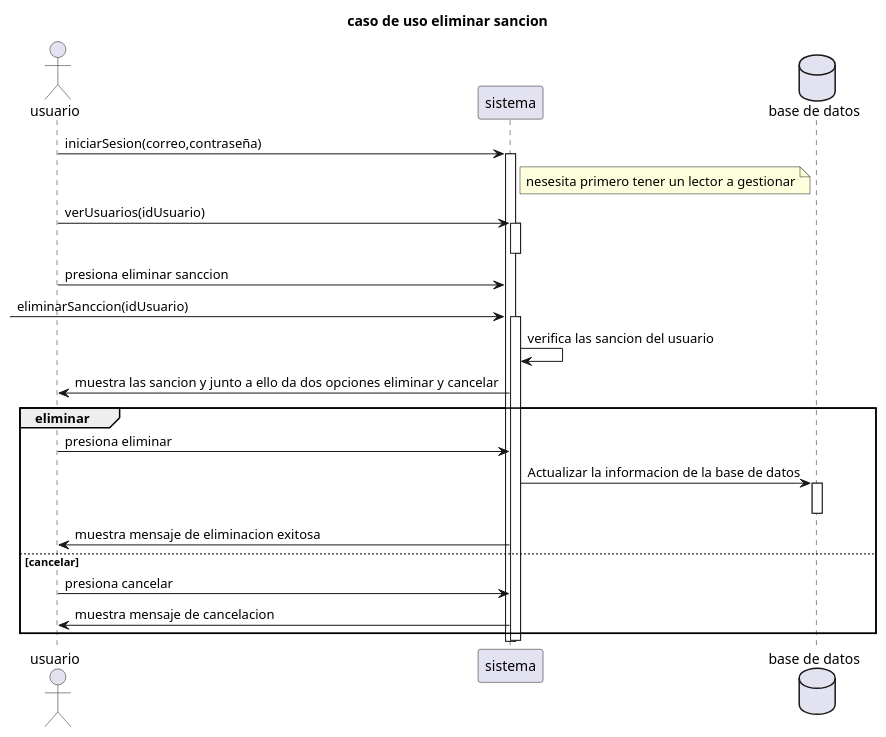
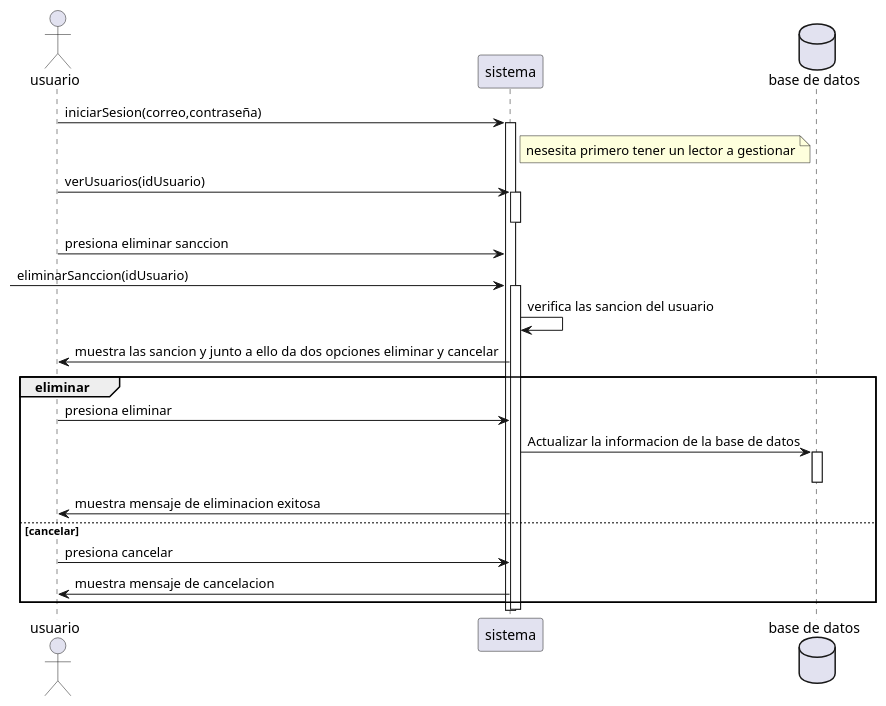
One commit to RubenE107/diagramas-de-dise-o-uml changed the diagram in Interacion3/eliminarSancion.puml. Above: the diagram before and after it, drawn with PlantUML. The commit also changed 11 other files, not shown here.

Commit message:
se termino todos las diagramas

```diff
--- a/Interacion3/eliminarSancion.puml
+++ b/Interacion3/eliminarSancion.puml
@@ -1,36 +1,36 @@
 @startuml
-title caso de uso eliminar sancion
+
 
 actor "usuario" as u
 participant "sistema" as s
 database "base de datos" as db
 
 u -> s:iniciarSesion(correo,contraseña)
 activate s
 note right of s
     nesesita primero tener un lector a gestionar
 end note
 u -> s:verUsuarios(idUsuario)
 activate s
 deactivate  s
 
 u -> s:presiona eliminar sanccion
 -> s:eliminarSanccion(idUsuario)
 activate s
 s -> s:verifica las sancion del usuario
 s -> u:muestra las sancion y junto a ello da dos opciones eliminar y cancelar
 group eliminar
     u -> s:presiona eliminar
     s -> db:Actualizar la informacion de la base de datos
     activate db
     deactivate db
     s -> u:muestra mensaje de eliminacion exitosa
 else cancelar
     u -> s:presiona cancelar
     s -> u:muestra mensaje de cancelacion
 
 end
 
 
 deactivate s
 @enduml
```
